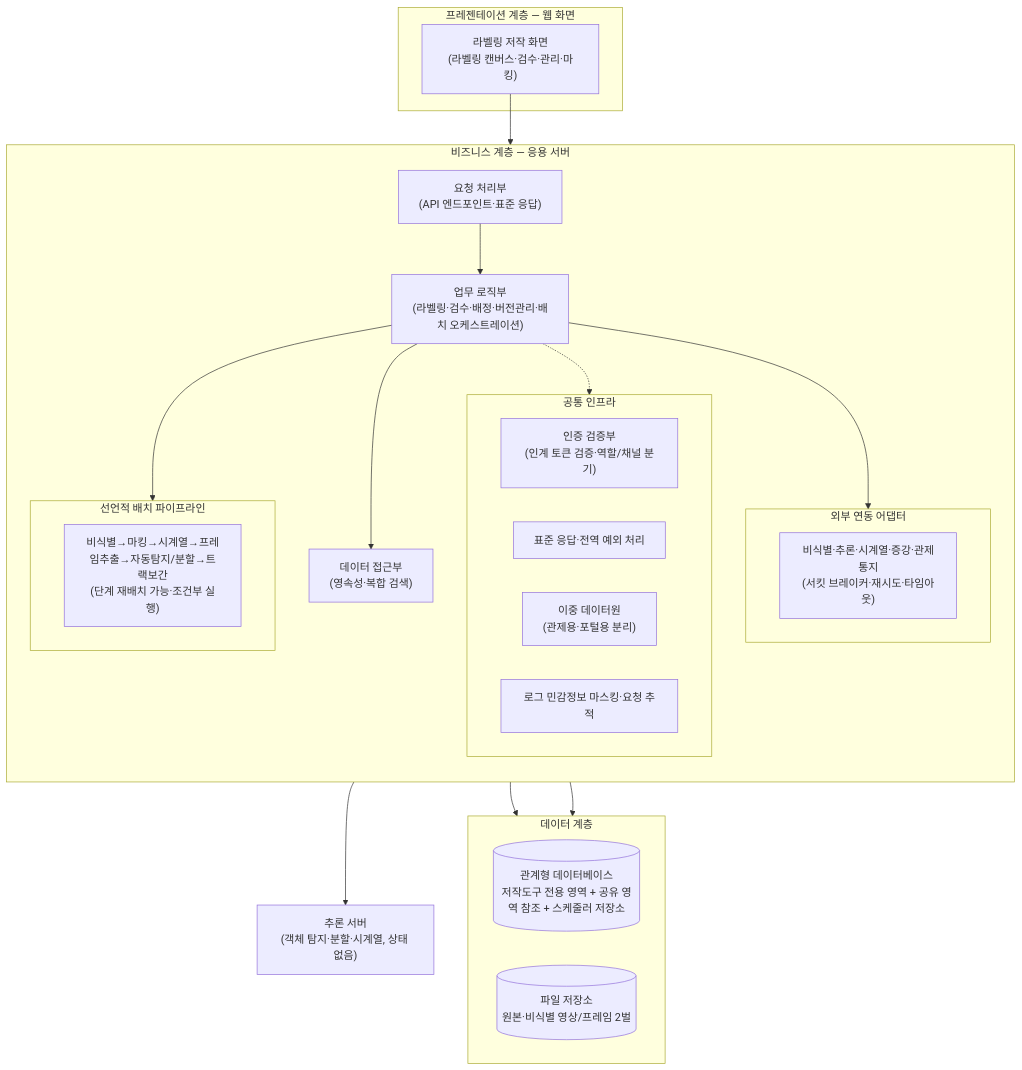
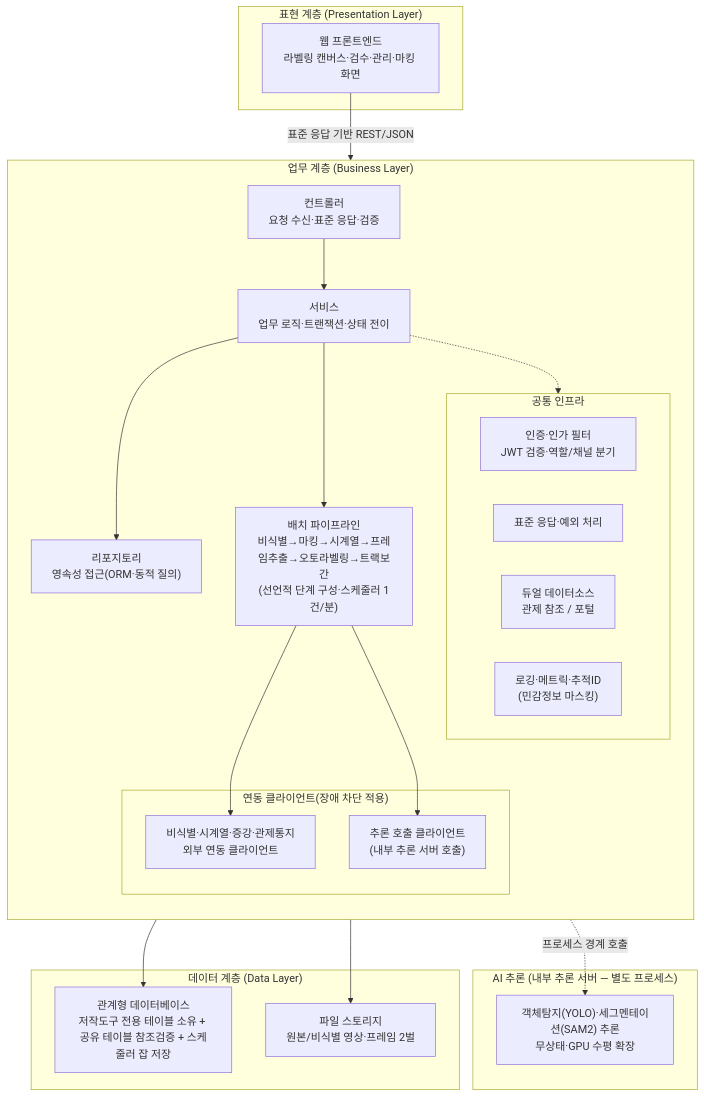
Before and after one commit to New-stella/klid-label: the first of 2 diagrams in docs/design/D5-아키텍처설계서.md, drawn with Mermaid. The commit also changed other lines of this file and 12 other files, not shown here.

````diff
--- a/docs/design/D5-아키텍처설계서.md
+++ b/docs/design/D5-아키텍처설계서.md
@@ -22,46 +30,44 @@
 ```mermaid
 flowchart TB
-    subgraph PL["프레젠테이션 계층 — 웹 화면"]
-        FE["라벨링 저작 화면<br/>(라벨링 캔버스·검수·관리·마킹)"]
+    subgraph PL["표현 계층 (Presentation Layer)"]
+        FE["웹 프론트엔드<br/>라벨링 캔버스·검수·관리·마킹 화면"]
     end
 
-    subgraph BL["비즈니스 계층 — 응용 서버"]
+    subgraph BL["업무 계층 (Business Layer)"]
         direction TB
-        CTRL["요청 처리부<br/>(API 엔드포인트·표준 응답)"]
-        SVC["업무 로직부<br/>(라벨링·검수·배정·버전관리·배치 오케스트레이션)"]
-        REPO["데이터 접근부<br/>(영속성·복합 검색)"]
-        subgraph INFRA["공통 인프라"]
-            direction LR
-            AUTH["인증 검증부<br/>(인계 토큰 검증·역할/채널 분기)"]
-            ERR["표준 응답·전역 예외 처리"]
-            DS["이중 데이터원<br/>(관제용·포털용 분리)"]
-            LOG["로그 민감정보 마스킹·요청 추적"]
+        CTRL["컨트롤러<br/>요청 수신·표준 응답·검증"]
+        SVC["서비스<br/>업무 로직·트랜잭션·상태 전이"]
+        REPO["리포지토리<br/>영속성 접근(ORM·동적 질의)"]
+        BATCH["배치 파이프라인<br/>비식별→마킹→시계열→프레임추출→오토라벨링→트랙보간<br/>(선언적 단계 구성·스케줄러 1건/분)"]
+        subgraph CC["공통 인프라"]
+            SEC["인증·인가 필터<br/>JWT 검증·역할/채널 분기"]
+            RESP["표준 응답·예외 처리"]
+            DS["듀얼 데이터소스<br/>관제 참조 / 포털"]
+            LOG["로깅·메트릭·추적ID<br/>(민감정보 마스킹)"]
         end
-        subgraph EXT["외부 연동 어댑터"]
-            direction LR
-            ADP["비식별·추론·시계열·증강·관제통지<br/>(서킷 브레이커·재시도·타임아웃)"]
-        end
-        subgraph PIPE["선언적 배치 파이프라인"]
-            direction LR
-            STEP["비식별→마킹→시계열→프레임추출→자동탐지/분할→트랙보간<br/>(단계 재배치 가능·조건부 실행)"]
+        subgraph INTEG["연동 클라이언트(장애 차단 적용)"]
+            EXTC["비식별·시계열·증강·관제통지<br/>외부 연동 클라이언트"]
+            AIC["추론 호출 클라이언트<br/>(내부 추론 서버 호출)"]
         end
     end
 
-    subgraph DL["데이터 계층"]
-        direction LR
-        DB[("관계형 데이터베이스<br/>저작도구 전용 영역 + 공유 영역 참조 + 스케줄러 저장소")]
-        FS[("파일 저장소<br/>원본·비식별 영상/프레임 2벌")]
+    subgraph AIL["AI 추론 (내부 추론 서버 — 별도 프로세스)"]
+        AISRV["객체탐지(YOLO)·세그멘테이션(SAM2) 추론<br/>무상태·GPU 수평 확장"]
     end
 
-    AISVR["추론 서버<br/>(객체 탐지·분할·시계열, 상태 없음)"]
+    subgraph DL["데이터 계층 (Data Layer)"]
+        DB["관계형 데이터베이스<br/>저작도구 전용 테이블 소유 + 공유 테이블 참조검증 + 스케줄러 잡 저장"]
+        FS["파일 스토리지<br/>원본/비식별 영상·프레임 2벌"]
+    end
 
-    FE --> CTRL
+    FE -->|"표준 응답 기반 REST/JSON"| CTRL
     CTRL --> SVC
     SVC --> REPO
-    SVC -.-> INFRA
-    SVC --> EXT
-    SVC --> PIPE
+    SVC --> BATCH
     REPO --> DB
     SVC --> FS
-    EXT --> AISVR
+    BATCH --> AIC
+    BATCH --> EXTC
+    AIC -.->|"프로세스 경계 호출"| AISRV
+    SVC -.-> CC
 ```
````
